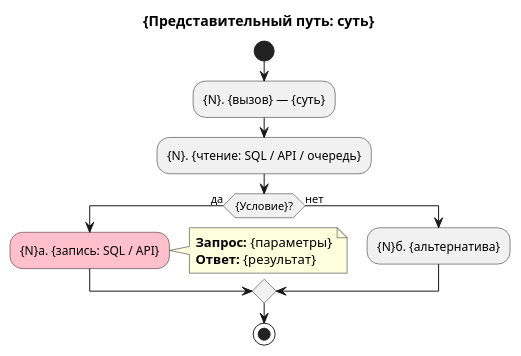
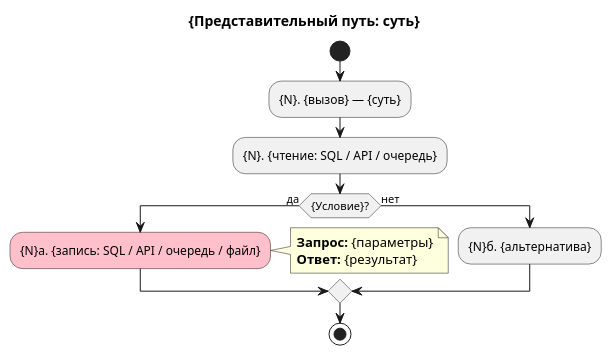
The third of 3 diagrams in .claude/skills/technical-documentation/examples/ideal_process_document.md (boboden541/sa-helper), drawn with PlantUML before and after one commit. The commit also changed other lines of this file and 2 other files, not shown here.

````diff
--- a/.claude/skills/technical-documentation/examples/ideal_process_document.md
+++ b/.claude/skills/technical-documentation/examples/ideal_process_document.md
@@ -103,18 +103,18 @@
 ```plantuml
 @startuml
 title {Представительный путь: суть}
 start
 :{N}. {вызов} — {суть};
 :{N}. {чтение: SQL / API / очередь};
 if ({Условие}?) then (да)
-  #pink:{N}а. {запись: SQL / API};
+  #pink:{N}а. {запись: SQL / API / очередь / файл};
   note right
     **Запрос:** {параметры}
     **Ответ:** {результат}
   end note
 else (нет)
   :{N}б. {альтернатива};
 endif
 stop
 @enduml
 ```
````
